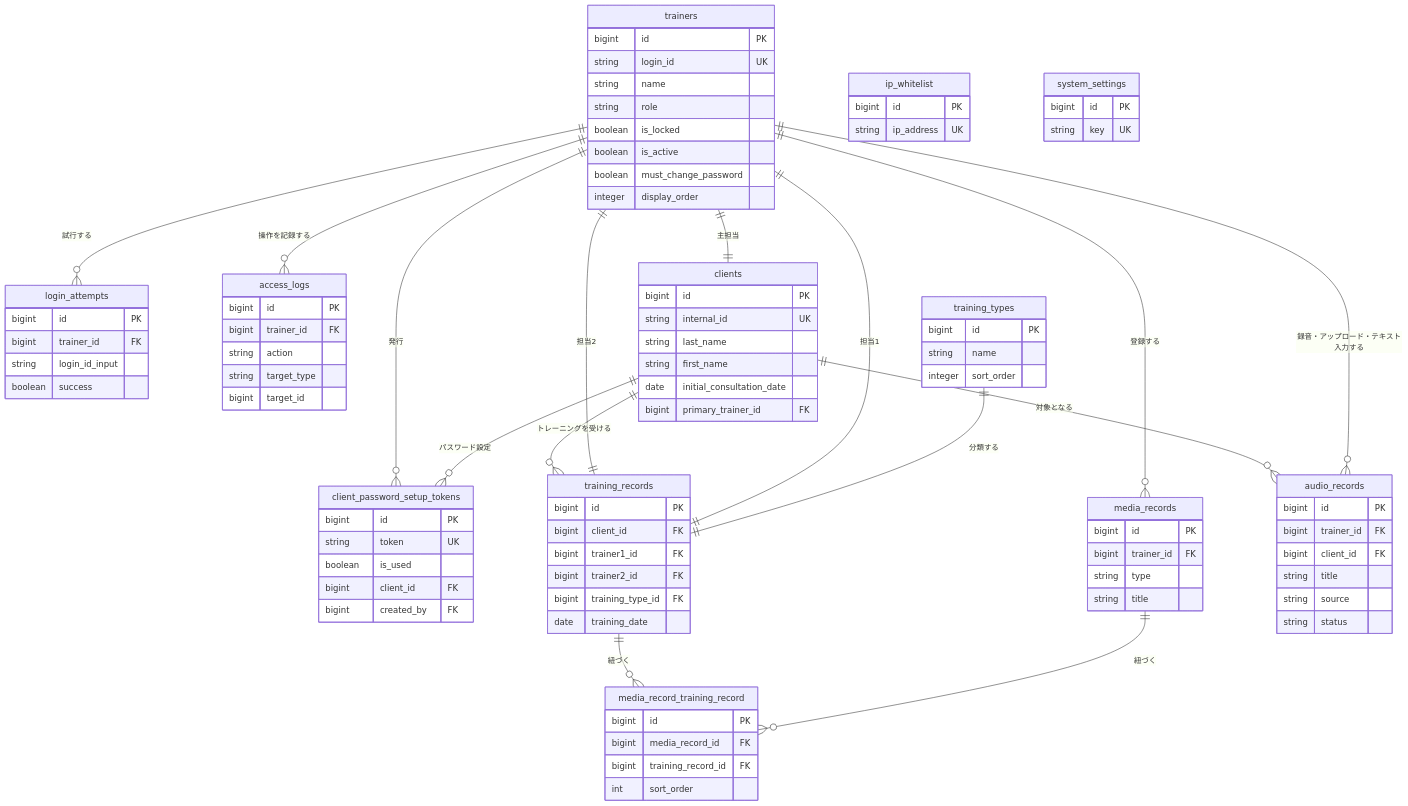
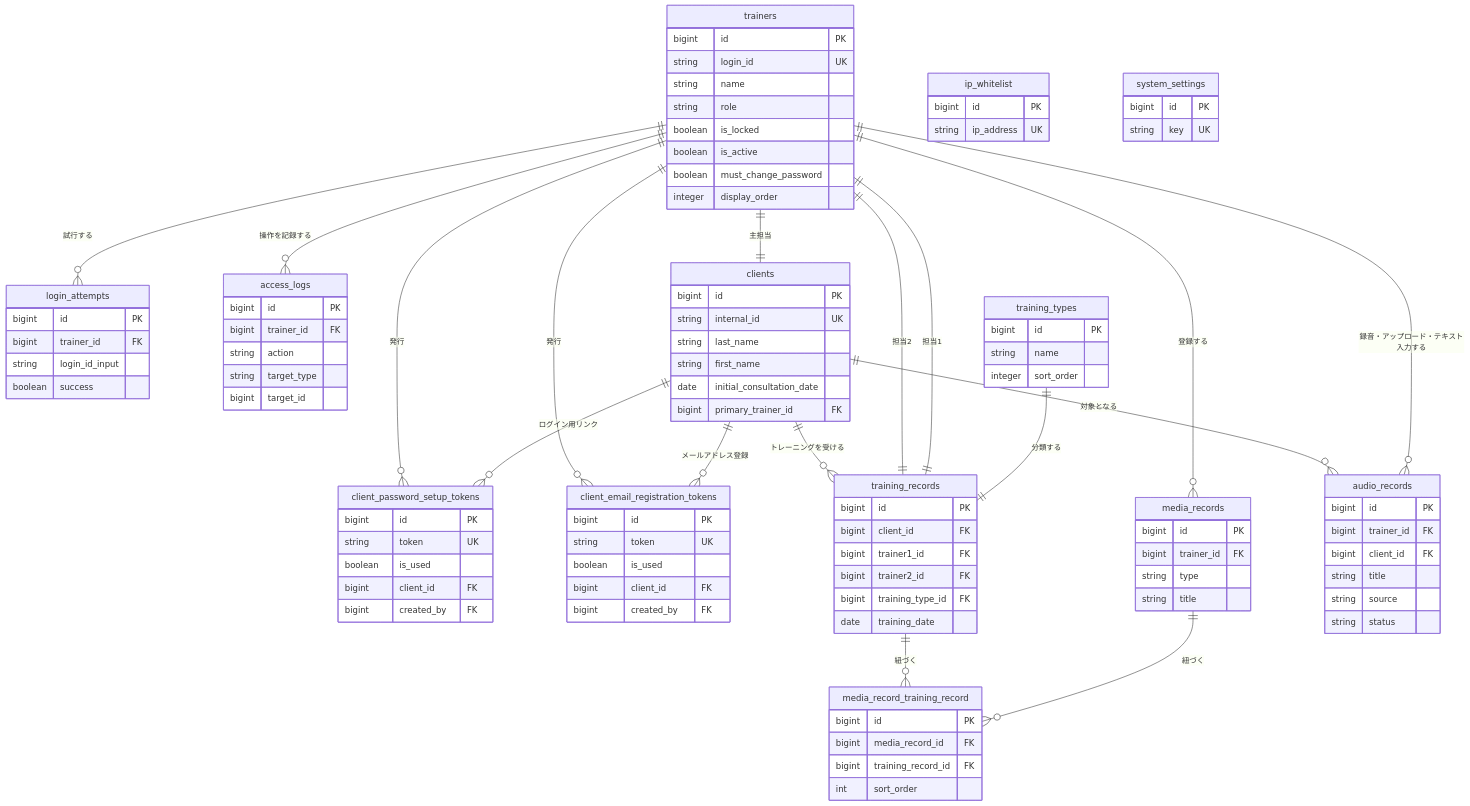
The diagram in docs/db-schema.md (y-ouchi-inmylife/training-record-system), drawn with Mermaid before and after one commit. The commit also changed other lines of this file and 6 other files, not shown here.

First line of the commit message:
docs: add the email registration and initial setup flow

````diff
--- a/docs/db-schema.md
+++ b/docs/db-schema.md
@@ -64,6 +64,14 @@
     }
 
     client_password_setup_tokens {
+        bigint id PK
+        string token UK
+        boolean is_used
+        bigint client_id FK
+        bigint created_by FK
+    }
+
+    client_email_registration_tokens {
         bigint id PK
         string token UK
         boolean is_used
@@ -137,6 +145,8 @@
     trainers ||--o{ audio_records : "録音・アップロード・テキスト入力する"
 
     clients ||--o{ audio_records : "対象となる"
-    clients ||--o{ client_password_setup_tokens : "パスワード設定"
+    clients ||--o{ client_password_setup_tokens : "ログイン用リンク"
     trainers ||--o{ client_password_setup_tokens : "発行"
+    clients ||--o{ client_email_registration_tokens : "メールアドレス登録"
+    trainers ||--o{ client_email_registration_tokens : "発行"
 ```
````
